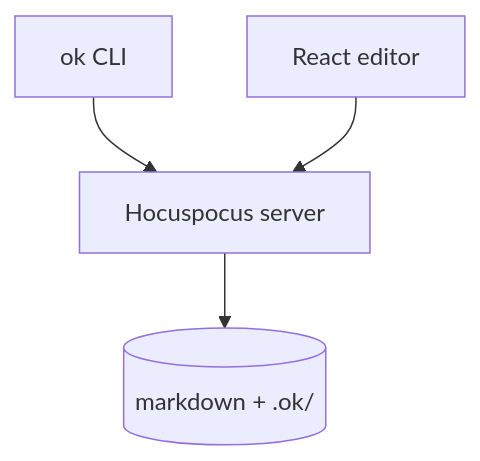
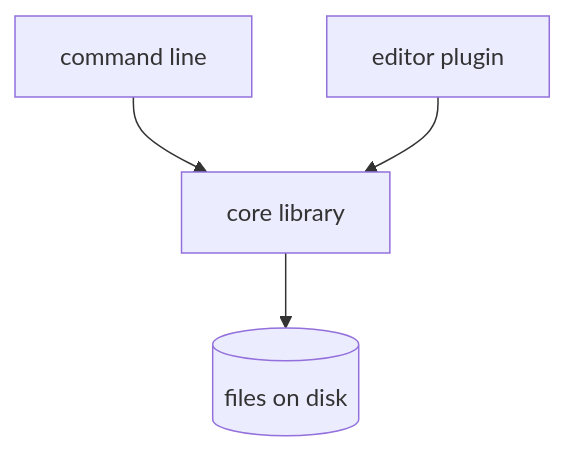
One commit to Macavity/obsidian-improved-bases changed the diagram in .claude/skills/codebase-wiki/references/generate-and-refresh.md. Above: the diagram before and after it, drawn with Mermaid. The commit also changed other lines of this file and 1 other file, not shown here.

First line of the commit message:
codebase-wiki skill: plain markdown with native tools

````diff
--- a/.claude/skills/codebase-wiki/references/generate-and-refresh.md
+++ b/.claude/skills/codebase-wiki/references/generate-and-refresh.md
@@ -76,6 +73,6 @@
    ```mermaid
    flowchart TD
-     CLI[ok CLI] --> Server[Hocuspocus server]
-     App[React editor] --> Server
-     Server --> Disk[(markdown + .ok/)]
+     CLI[command line] --> Core[core library]
+     UI[editor plugin] --> Core
+     Core --> Disk[(files on disk)]
    ```
````
